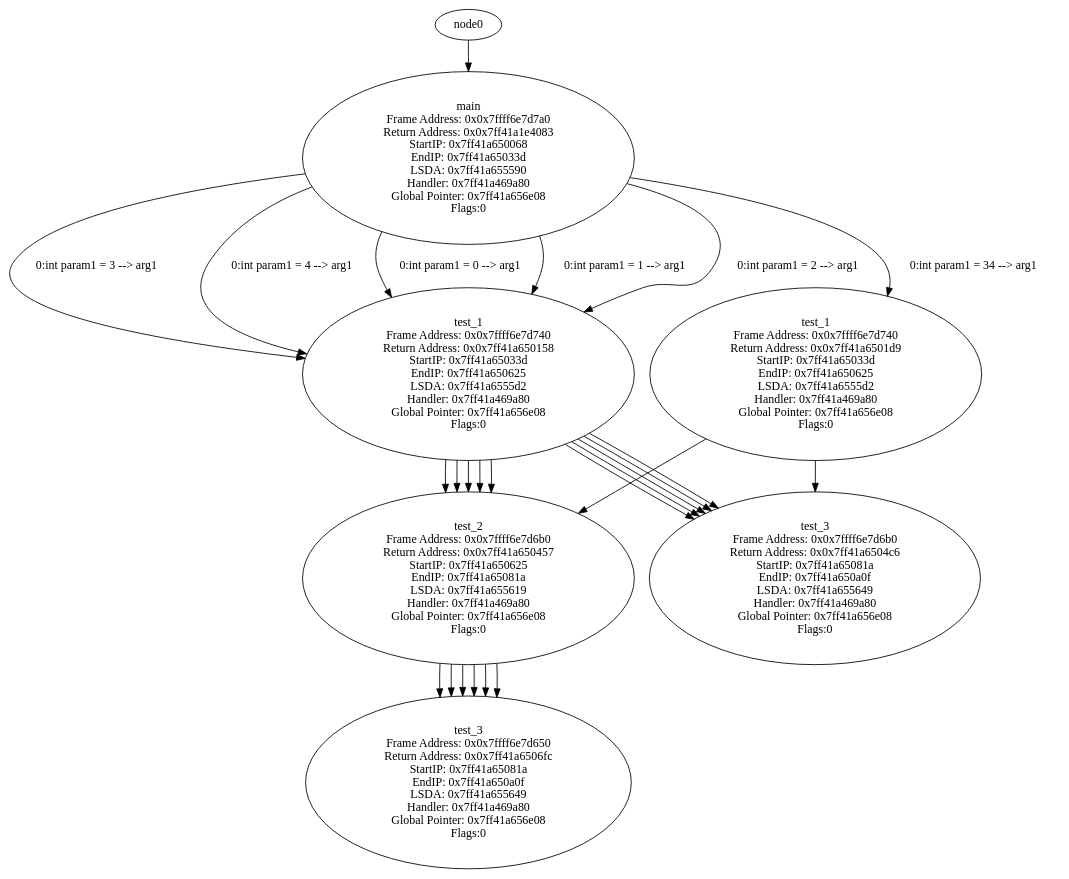
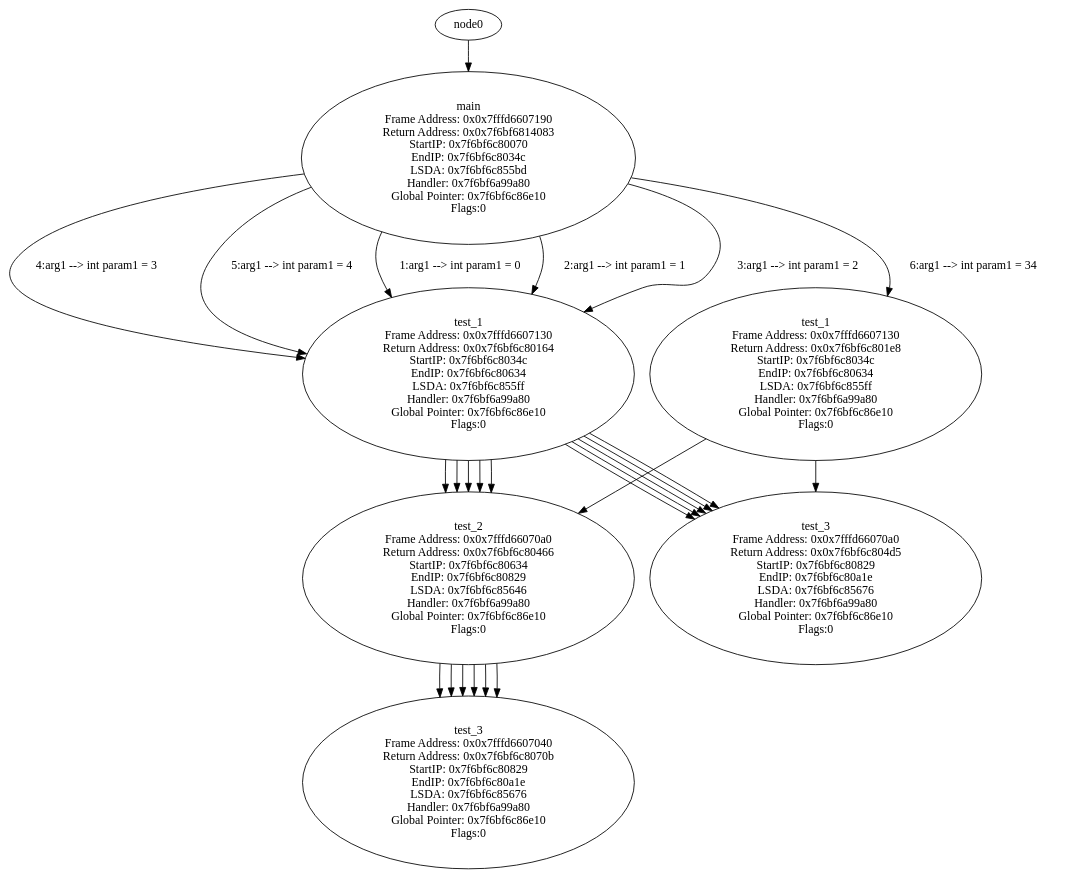
One commit to SameerDalal/backtrace changed the diagram in tree.dot. Above: the diagram before and after it, drawn with Graphviz. The commit also changed 6 other files, not shown here.

```diff
--- a/tree.dot
+++ b/tree.dot
@@ -1,52 +1,52 @@
 digraph ContextTree {
-node0x7ff41a6506fc [label="test_3\n Frame Address: 0x0x7ffff6e7d650\n Return Address: 0x0x7ff41a6506fc\n StartIP: 0x7ff41a65081a\n EndIP: 0x7ff41a650a0f\n LSDA: 0x7ff41a655649\n Handler: 0x7ff41a469a80\n Global Pointer: 0x7ff41a656e08\n Flags:0"];
-node0x7ff41a650457 -> node0x7ff41a6506fc
-node0x7ff41a650457 [label="test_2\n Frame Address: 0x0x7ffff6e7d6b0\n Return Address: 0x0x7ff41a650457\n StartIP: 0x7ff41a650625\n EndIP: 0x7ff41a65081a\n LSDA: 0x7ff41a655619\n Handler: 0x7ff41a469a80\n Global Pointer: 0x7ff41a656e08\n Flags:0"];
-node0x7ff41a650158 -> node0x7ff41a650457
-node0x7ff41a6504c6 [label="test_3\n Frame Address: 0x0x7ffff6e7d6b0\n Return Address: 0x0x7ff41a6504c6\n StartIP: 0x7ff41a65081a\n EndIP: 0x7ff41a650a0f\n LSDA: 0x7ff41a655649\n Handler: 0x7ff41a469a80\n Global Pointer: 0x7ff41a656e08\n Flags:0"];
-node0x7ff41a650158 -> node0x7ff41a6504c6
-node0x7ff41a650158 [label="test_1\n Frame Address: 0x0x7ffff6e7d740\n Return Address: 0x0x7ff41a650158\n StartIP: 0x7ff41a65033d\n EndIP: 0x7ff41a650625\n LSDA: 0x7ff41a6555d2\n Handler: 0x7ff41a469a80\n Global Pointer: 0x7ff41a656e08\n Flags:0"];
-node0x7ff41a1e4083 -> node0x7ff41a650158 [label=" 0:int param1 = 0 --> arg1"];
-node0x7ff41a6506fc [label="test_3\n Frame Address: 0x0x7ffff6e7d650\n Return Address: 0x0x7ff41a6506fc\n StartIP: 0x7ff41a65081a\n EndIP: 0x7ff41a650a0f\n LSDA: 0x7ff41a655649\n Handler: 0x7ff41a469a80\n Global Pointer: 0x7ff41a656e08\n Flags:0"];
-node0x7ff41a650457 -> node0x7ff41a6506fc
-node0x7ff41a650457 [label="test_2\n Frame Address: 0x0x7ffff6e7d6b0\n Return Address: 0x0x7ff41a650457\n StartIP: 0x7ff41a650625\n EndIP: 0x7ff41a65081a\n LSDA: 0x7ff41a655619\n Handler: 0x7ff41a469a80\n Global Pointer: 0x7ff41a656e08\n Flags:0"];
-node0x7ff41a650158 -> node0x7ff41a650457
-node0x7ff41a6504c6 [label="test_3\n Frame Address: 0x0x7ffff6e7d6b0\n Return Address: 0x0x7ff41a6504c6\n StartIP: 0x7ff41a65081a\n EndIP: 0x7ff41a650a0f\n LSDA: 0x7ff41a655649\n Handler: 0x7ff41a469a80\n Global Pointer: 0x7ff41a656e08\n Flags:0"];
-node0x7ff41a650158 -> node0x7ff41a6504c6
-node0x7ff41a650158 [label="test_1\n Frame Address: 0x0x7ffff6e7d740\n Return Address: 0x0x7ff41a650158\n StartIP: 0x7ff41a65033d\n EndIP: 0x7ff41a650625\n LSDA: 0x7ff41a6555d2\n Handler: 0x7ff41a469a80\n Global Pointer: 0x7ff41a656e08\n Flags:0"];
-node0x7ff41a1e4083 -> node0x7ff41a650158 [label=" 0:int param1 = 1 --> arg1"];
-node0x7ff41a6506fc [label="test_3\n Frame Address: 0x0x7ffff6e7d650\n Return Address: 0x0x7ff41a6506fc\n StartIP: 0x7ff41a65081a\n EndIP: 0x7ff41a650a0f\n LSDA: 0x7ff41a655649\n Handler: 0x7ff41a469a80\n Global Pointer: 0x7ff41a656e08\n Flags:0"];
-node0x7ff41a650457 -> node0x7ff41a6506fc
-node0x7ff41a650457 [label="test_2\n Frame Address: 0x0x7ffff6e7d6b0\n Return Address: 0x0x7ff41a650457\n StartIP: 0x7ff41a650625\n EndIP: 0x7ff41a65081a\n LSDA: 0x7ff41a655619\n Handler: 0x7ff41a469a80\n Global Pointer: 0x7ff41a656e08\n Flags:0"];
-node0x7ff41a650158 -> node0x7ff41a650457
-node0x7ff41a6504c6 [label="test_3\n Frame Address: 0x0x7ffff6e7d6b0\n Return Address: 0x0x7ff41a6504c6\n StartIP: 0x7ff41a65081a\n EndIP: 0x7ff41a650a0f\n LSDA: 0x7ff41a655649\n Handler: 0x7ff41a469a80\n Global Pointer: 0x7ff41a656e08\n Flags:0"];
-node0x7ff41a650158 -> node0x7ff41a6504c6
-node0x7ff41a650158 [label="test_1\n Frame Address: 0x0x7ffff6e7d740\n Return Address: 0x0x7ff41a650158\n StartIP: 0x7ff41a65033d\n EndIP: 0x7ff41a650625\n LSDA: 0x7ff41a6555d2\n Handler: 0x7ff41a469a80\n Global Pointer: 0x7ff41a656e08\n Flags:0"];
-node0x7ff41a1e4083 -> node0x7ff41a650158 [label=" 0:int param1 = 2 --> arg1"];
-node0x7ff41a6506fc [label="test_3\n Frame Address: 0x0x7ffff6e7d650\n Return Address: 0x0x7ff41a6506fc\n StartIP: 0x7ff41a65081a\n EndIP: 0x7ff41a650a0f\n LSDA: 0x7ff41a655649\n Handler: 0x7ff41a469a80\n Global Pointer: 0x7ff41a656e08\n Flags:0"];
-node0x7ff41a650457 -> node0x7ff41a6506fc
-node0x7ff41a650457 [label="test_2\n Frame Address: 0x0x7ffff6e7d6b0\n Return Address: 0x0x7ff41a650457\n StartIP: 0x7ff41a650625\n EndIP: 0x7ff41a65081a\n LSDA: 0x7ff41a655619\n Handler: 0x7ff41a469a80\n Global Pointer: 0x7ff41a656e08\n Flags:0"];
-node0x7ff41a650158 -> node0x7ff41a650457
-node0x7ff41a6504c6 [label="test_3\n Frame Address: 0x0x7ffff6e7d6b0\n Return Address: 0x0x7ff41a6504c6\n StartIP: 0x7ff41a65081a\n EndIP: 0x7ff41a650a0f\n LSDA: 0x7ff41a655649\n Handler: 0x7ff41a469a80\n Global Pointer: 0x7ff41a656e08\n Flags:0"];
-node0x7ff41a650158 -> node0x7ff41a6504c6
-node0x7ff41a650158 [label="test_1\n Frame Address: 0x0x7ffff6e7d740\n Return Address: 0x0x7ff41a650158\n StartIP: 0x7ff41a65033d\n EndIP: 0x7ff41a650625\n LSDA: 0x7ff41a6555d2\n Handler: 0x7ff41a469a80\n Global Pointer: 0x7ff41a656e08\n Flags:0"];
-node0x7ff41a1e4083 -> node0x7ff41a650158 [label=" 0:int param1 = 3 --> arg1"];
-node0x7ff41a6506fc [label="test_3\n Frame Address: 0x0x7ffff6e7d650\n Return Address: 0x0x7ff41a6506fc\n StartIP: 0x7ff41a65081a\n EndIP: 0x7ff41a650a0f\n LSDA: 0x7ff41a655649\n Handler: 0x7ff41a469a80\n Global Pointer: 0x7ff41a656e08\n Flags:0"];
-node0x7ff41a650457 -> node0x7ff41a6506fc
-node0x7ff41a650457 [label="test_2\n Frame Address: 0x0x7ffff6e7d6b0\n Return Address: 0x0x7ff41a650457\n StartIP: 0x7ff41a650625\n EndIP: 0x7ff41a65081a\n LSDA: 0x7ff41a655619\n Handler: 0x7ff41a469a80\n Global Pointer: 0x7ff41a656e08\n Flags:0"];
-node0x7ff41a650158 -> node0x7ff41a650457
-node0x7ff41a6504c6 [label="test_3\n Frame Address: 0x0x7ffff6e7d6b0\n Return Address: 0x0x7ff41a6504c6\n StartIP: 0x7ff41a65081a\n EndIP: 0x7ff41a650a0f\n LSDA: 0x7ff41a655649\n Handler: 0x7ff41a469a80\n Global Pointer: 0x7ff41a656e08\n Flags:0"];
-node0x7ff41a650158 -> node0x7ff41a6504c6
-node0x7ff41a650158 [label="test_1\n Frame Address: 0x0x7ffff6e7d740\n Return Address: 0x0x7ff41a650158\n StartIP: 0x7ff41a65033d\n EndIP: 0x7ff41a650625\n LSDA: 0x7ff41a6555d2\n Handler: 0x7ff41a469a80\n Global Pointer: 0x7ff41a656e08\n Flags:0"];
-node0x7ff41a1e4083 -> node0x7ff41a650158 [label=" 0:int param1 = 4 --> arg1"];
-node0x7ff41a6506fc [label="test_3\n Frame Address: 0x0x7ffff6e7d650\n Return Address: 0x0x7ff41a6506fc\n StartIP: 0x7ff41a65081a\n EndIP: 0x7ff41a650a0f\n LSDA: 0x7ff41a655649\n Handler: 0x7ff41a469a80\n Global Pointer: 0x7ff41a656e08\n Flags:0"];
-node0x7ff41a650457 -> node0x7ff41a6506fc
-node0x7ff41a650457 [label="test_2\n Frame Address: 0x0x7ffff6e7d6b0\n Return Address: 0x0x7ff41a650457\n StartIP: 0x7ff41a650625\n EndIP: 0x7ff41a65081a\n LSDA: 0x7ff41a655619\n Handler: 0x7ff41a469a80\n Global Pointer: 0x7ff41a656e08\n Flags:0"];
-node0x7ff41a6501d9 -> node0x7ff41a650457
-node0x7ff41a6504c6 [label="test_3\n Frame Address: 0x0x7ffff6e7d6b0\n Return Address: 0x0x7ff41a6504c6\n StartIP: 0x7ff41a65081a\n EndIP: 0x7ff41a650a0f\n LSDA: 0x7ff41a655649\n Handler: 0x7ff41a469a80\n Global Pointer: 0x7ff41a656e08\n Flags:0"];
-node0x7ff41a6501d9 -> node0x7ff41a6504c6
-node0x7ff41a6501d9 [label="test_1\n Frame Address: 0x0x7ffff6e7d740\n Return Address: 0x0x7ff41a6501d9\n StartIP: 0x7ff41a65033d\n EndIP: 0x7ff41a650625\n LSDA: 0x7ff41a6555d2\n Handler: 0x7ff41a469a80\n Global Pointer: 0x7ff41a656e08\n Flags:0"];
-node0x7ff41a1e4083 -> node0x7ff41a6501d9 [label=" 0:int param1 = 34 --> arg1"];
-node0x7ff41a1e4083 [label="main\n Frame Address: 0x0x7ffff6e7d7a0\n Return Address: 0x0x7ff41a1e4083\n StartIP: 0x7ff41a650068\n EndIP: 0x7ff41a65033d\n LSDA: 0x7ff41a655590\n Handler: 0x7ff41a469a80\n Global Pointer: 0x7ff41a656e08\n Flags:0"];
-node0 -> node0x7ff41a1e4083
+node0x7f6bf6c8070b [label="test_3\n Frame Address: 0x0x7fffd6607040\n Return Address: 0x0x7f6bf6c8070b\n StartIP: 0x7f6bf6c80829\n EndIP: 0x7f6bf6c80a1e\n LSDA: 0x7f6bf6c85676\n Handler: 0x7f6bf6a99a80\n Global Pointer: 0x7f6bf6c86e10\n Flags:0"];
+node0x7f6bf6c80466 -> node0x7f6bf6c8070b
+node0x7f6bf6c80466 [label="test_2\n Frame Address: 0x0x7fffd66070a0\n Return Address: 0x0x7f6bf6c80466\n StartIP: 0x7f6bf6c80634\n EndIP: 0x7f6bf6c80829\n LSDA: 0x7f6bf6c85646\n Handler: 0x7f6bf6a99a80\n Global Pointer: 0x7f6bf6c86e10\n Flags:0"];
+node0x7f6bf6c80164 -> node0x7f6bf6c80466
+node0x7f6bf6c804d5 [label="test_3\n Frame Address: 0x0x7fffd66070a0\n Return Address: 0x0x7f6bf6c804d5\n StartIP: 0x7f6bf6c80829\n EndIP: 0x7f6bf6c80a1e\n LSDA: 0x7f6bf6c85676\n Handler: 0x7f6bf6a99a80\n Global Pointer: 0x7f6bf6c86e10\n Flags:0"];
+node0x7f6bf6c80164 -> node0x7f6bf6c804d5
+node0x7f6bf6c80164 [label="test_1\n Frame Address: 0x0x7fffd6607130\n Return Address: 0x0x7f6bf6c80164\n StartIP: 0x7f6bf6c8034c\n EndIP: 0x7f6bf6c80634\n LSDA: 0x7f6bf6c855ff\n Handler: 0x7f6bf6a99a80\n Global Pointer: 0x7f6bf6c86e10\n Flags:0"];
+node0x7f6bf6814083 -> node0x7f6bf6c80164 [label=" 1:arg1 --> int param1 = 0"];
+node0x7f6bf6c8070b [label="test_3\n Frame Address: 0x0x7fffd6607040\n Return Address: 0x0x7f6bf6c8070b\n StartIP: 0x7f6bf6c80829\n EndIP: 0x7f6bf6c80a1e\n LSDA: 0x7f6bf6c85676\n Handler: 0x7f6bf6a99a80\n Global Pointer: 0x7f6bf6c86e10\n Flags:0"];
+node0x7f6bf6c80466 -> node0x7f6bf6c8070b
+node0x7f6bf6c80466 [label="test_2\n Frame Address: 0x0x7fffd66070a0\n Return Address: 0x0x7f6bf6c80466\n StartIP: 0x7f6bf6c80634\n EndIP: 0x7f6bf6c80829\n LSDA: 0x7f6bf6c85646\n Handler: 0x7f6bf6a99a80\n Global Pointer: 0x7f6bf6c86e10\n Flags:0"];
+node0x7f6bf6c80164 -> node0x7f6bf6c80466
+node0x7f6bf6c804d5 [label="test_3\n Frame Address: 0x0x7fffd66070a0\n Return Address: 0x0x7f6bf6c804d5\n StartIP: 0x7f6bf6c80829\n EndIP: 0x7f6bf6c80a1e\n LSDA: 0x7f6bf6c85676\n Handler: 0x7f6bf6a99a80\n Global Pointer: 0x7f6bf6c86e10\n Flags:0"];
+node0x7f6bf6c80164 -> node0x7f6bf6c804d5
+node0x7f6bf6c80164 [label="test_1\n Frame Address: 0x0x7fffd6607130\n Return Address: 0x0x7f6bf6c80164\n StartIP: 0x7f6bf6c8034c\n EndIP: 0x7f6bf6c80634\n LSDA: 0x7f6bf6c855ff\n Handler: 0x7f6bf6a99a80\n Global Pointer: 0x7f6bf6c86e10\n Flags:0"];
+node0x7f6bf6814083 -> node0x7f6bf6c80164 [label=" 2:arg1 --> int param1 = 1"];
+node0x7f6bf6c8070b [label="test_3\n Frame Address: 0x0x7fffd6607040\n Return Address: 0x0x7f6bf6c8070b\n StartIP: 0x7f6bf6c80829\n EndIP: 0x7f6bf6c80a1e\n LSDA: 0x7f6bf6c85676\n Handler: 0x7f6bf6a99a80\n Global Pointer: 0x7f6bf6c86e10\n Flags:0"];
+node0x7f6bf6c80466 -> node0x7f6bf6c8070b
+node0x7f6bf6c80466 [label="test_2\n Frame Address: 0x0x7fffd66070a0\n Return Address: 0x0x7f6bf6c80466\n StartIP: 0x7f6bf6c80634\n EndIP: 0x7f6bf6c80829\n LSDA: 0x7f6bf6c85646\n Handler: 0x7f6bf6a99a80\n Global Pointer: 0x7f6bf6c86e10\n Flags:0"];
+node0x7f6bf6c80164 -> node0x7f6bf6c80466
+node0x7f6bf6c804d5 [label="test_3\n Frame Address: 0x0x7fffd66070a0\n Return Address: 0x0x7f6bf6c804d5\n StartIP: 0x7f6bf6c80829\n EndIP: 0x7f6bf6c80a1e\n LSDA: 0x7f6bf6c85676\n Handler: 0x7f6bf6a99a80\n Global Pointer: 0x7f6bf6c86e10\n Flags:0"];
+node0x7f6bf6c80164 -> node0x7f6bf6c804d5
+node0x7f6bf6c80164 [label="test_1\n Frame Address: 0x0x7fffd6607130\n Return Address: 0x0x7f6bf6c80164\n StartIP: 0x7f6bf6c8034c\n EndIP: 0x7f6bf6c80634\n LSDA: 0x7f6bf6c855ff\n Handler: 0x7f6bf6a99a80\n Global Pointer: 0x7f6bf6c86e10\n Flags:0"];
+node0x7f6bf6814083 -> node0x7f6bf6c80164 [label=" 3:arg1 --> int param1 = 2"];
+node0x7f6bf6c8070b [label="test_3\n Frame Address: 0x0x7fffd6607040\n Return Address: 0x0x7f6bf6c8070b\n StartIP: 0x7f6bf6c80829\n EndIP: 0x7f6bf6c80a1e\n LSDA: 0x7f6bf6c85676\n Handler: 0x7f6bf6a99a80\n Global Pointer: 0x7f6bf6c86e10\n Flags:0"];
+node0x7f6bf6c80466 -> node0x7f6bf6c8070b
+node0x7f6bf6c80466 [label="test_2\n Frame Address: 0x0x7fffd66070a0\n Return Address: 0x0x7f6bf6c80466\n StartIP: 0x7f6bf6c80634\n EndIP: 0x7f6bf6c80829\n LSDA: 0x7f6bf6c85646\n Handler: 0x7f6bf6a99a80\n Global Pointer: 0x7f6bf6c86e10\n Flags:0"];
+node0x7f6bf6c80164 -> node0x7f6bf6c80466
+node0x7f6bf6c804d5 [label="test_3\n Frame Address: 0x0x7fffd66070a0\n Return Address: 0x0x7f6bf6c804d5\n StartIP: 0x7f6bf6c80829\n EndIP: 0x7f6bf6c80a1e\n LSDA: 0x7f6bf6c85676\n Handler: 0x7f6bf6a99a80\n Global Pointer: 0x7f6bf6c86e10\n Flags:0"];
+node0x7f6bf6c80164 -> node0x7f6bf6c804d5
+node0x7f6bf6c80164 [label="test_1\n Frame Address: 0x0x7fffd6607130\n Return Address: 0x0x7f6bf6c80164\n StartIP: 0x7f6bf6c8034c\n EndIP: 0x7f6bf6c80634\n LSDA: 0x7f6bf6c855ff\n Handler: 0x7f6bf6a99a80\n Global Pointer: 0x7f6bf6c86e10\n Flags:0"];
+node0x7f6bf6814083 -> node0x7f6bf6c80164 [label=" 4:arg1 --> int param1 = 3"];
+node0x7f6bf6c8070b [label="test_3\n Frame Address: 0x0x7fffd6607040\n Return Address: 0x0x7f6bf6c8070b\n StartIP: 0x7f6bf6c80829\n EndIP: 0x7f6bf6c80a1e\n LSDA: 0x7f6bf6c85676\n Handler: 0x7f6bf6a99a80\n Global Pointer: 0x7f6bf6c86e10\n Flags:0"];
+node0x7f6bf6c80466 -> node0x7f6bf6c8070b
+node0x7f6bf6c80466 [label="test_2\n Frame Address: 0x0x7fffd66070a0\n Return Address: 0x0x7f6bf6c80466\n StartIP: 0x7f6bf6c80634\n EndIP: 0x7f6bf6c80829\n LSDA: 0x7f6bf6c85646\n Handler: 0x7f6bf6a99a80\n Global Pointer: 0x7f6bf6c86e10\n Flags:0"];
+node0x7f6bf6c80164 -> node0x7f6bf6c80466
+node0x7f6bf6c804d5 [label="test_3\n Frame Address: 0x0x7fffd66070a0\n Return Address: 0x0x7f6bf6c804d5\n StartIP: 0x7f6bf6c80829\n EndIP: 0x7f6bf6c80a1e\n LSDA: 0x7f6bf6c85676\n Handler: 0x7f6bf6a99a80\n Global Pointer: 0x7f6bf6c86e10\n Flags:0"];
+node0x7f6bf6c80164 -> node0x7f6bf6c804d5
+node0x7f6bf6c80164 [label="test_1\n Frame Address: 0x0x7fffd6607130\n Return Address: 0x0x7f6bf6c80164\n StartIP: 0x7f6bf6c8034c\n EndIP: 0x7f6bf6c80634\n LSDA: 0x7f6bf6c855ff\n Handler: 0x7f6bf6a99a80\n Global Pointer: 0x7f6bf6c86e10\n Flags:0"];
+node0x7f6bf6814083 -> node0x7f6bf6c80164 [label=" 5:arg1 --> int param1 = 4"];
+node0x7f6bf6c8070b [label="test_3\n Frame Address: 0x0x7fffd6607040\n Return Address: 0x0x7f6bf6c8070b\n StartIP: 0x7f6bf6c80829\n EndIP: 0x7f6bf6c80a1e\n LSDA: 0x7f6bf6c85676\n Handler: 0x7f6bf6a99a80\n Global Pointer: 0x7f6bf6c86e10\n Flags:0"];
+node0x7f6bf6c80466 -> node0x7f6bf6c8070b
+node0x7f6bf6c80466 [label="test_2\n Frame Address: 0x0x7fffd66070a0\n Return Address: 0x0x7f6bf6c80466\n StartIP: 0x7f6bf6c80634\n EndIP: 0x7f6bf6c80829\n LSDA: 0x7f6bf6c85646\n Handler: 0x7f6bf6a99a80\n Global Pointer: 0x7f6bf6c86e10\n Flags:0"];
+node0x7f6bf6c801e8 -> node0x7f6bf6c80466
+node0x7f6bf6c804d5 [label="test_3\n Frame Address: 0x0x7fffd66070a0\n Return Address: 0x0x7f6bf6c804d5\n StartIP: 0x7f6bf6c80829\n EndIP: 0x7f6bf6c80a1e\n LSDA: 0x7f6bf6c85676\n Handler: 0x7f6bf6a99a80\n Global Pointer: 0x7f6bf6c86e10\n Flags:0"];
+node0x7f6bf6c801e8 -> node0x7f6bf6c804d5
+node0x7f6bf6c801e8 [label="test_1\n Frame Address: 0x0x7fffd6607130\n Return Address: 0x0x7f6bf6c801e8\n StartIP: 0x7f6bf6c8034c\n EndIP: 0x7f6bf6c80634\n LSDA: 0x7f6bf6c855ff\n Handler: 0x7f6bf6a99a80\n Global Pointer: 0x7f6bf6c86e10\n Flags:0"];
+node0x7f6bf6814083 -> node0x7f6bf6c801e8 [label=" 6:arg1 --> int param1 = 34"];
+node0x7f6bf6814083 [label="main\n Frame Address: 0x0x7fffd6607190\n Return Address: 0x0x7f6bf6814083\n StartIP: 0x7f6bf6c80070\n EndIP: 0x7f6bf6c8034c\n LSDA: 0x7f6bf6c855bd\n Handler: 0x7f6bf6a99a80\n Global Pointer: 0x7f6bf6c86e10\n Flags:0"];
+node0 -> node0x7f6bf6814083
 }
```
